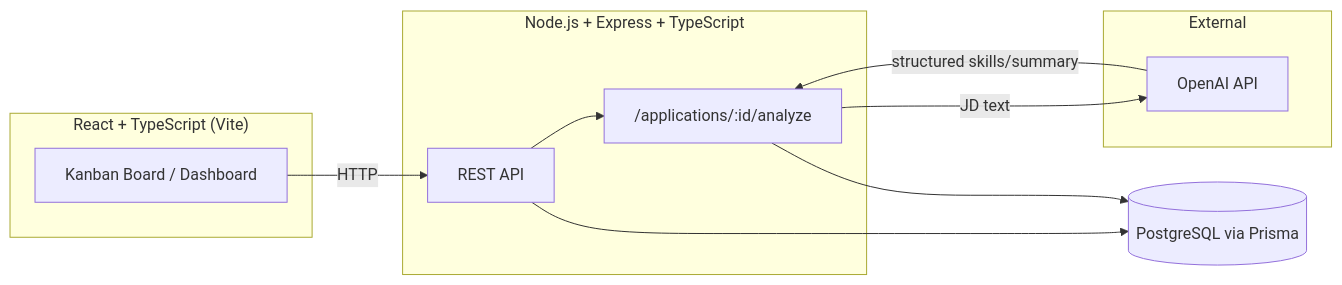
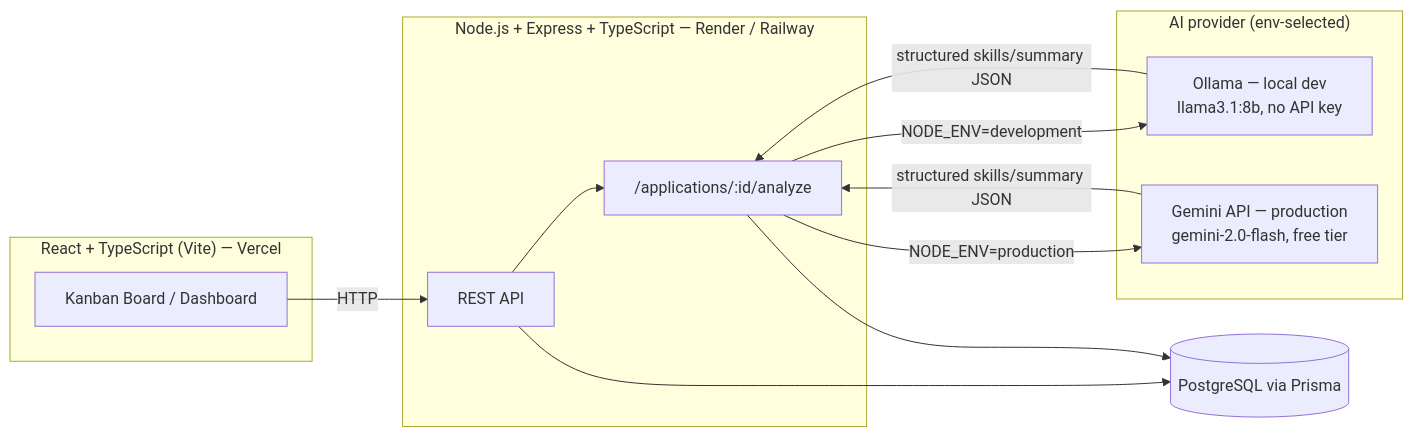
One commit to AryanVarmora/job-application-tracker changed the diagram in README.md. Above: the diagram before and after it, drawn with Mermaid. The commit also changed other lines of this file and 70 other files, not shown here.

First line of the commit message:
Add full app (client + server), Gemini production AI provider, deploy config

````diff
--- a/README.md
+++ b/README.md
@@ -25,24 +26,27 @@
 ```mermaid
 flowchart LR
-    subgraph Client["React + TypeScript (Vite)"]
+    subgraph Client["React + TypeScript (Vite) — Vercel"]
         UI[Kanban Board / Dashboard]
     end
 
-    subgraph Server["Node.js + Express + TypeScript"]
+    subgraph Server["Node.js + Express + TypeScript — Render / Railway"]
         API[REST API]
         Analyze["/applications/:id/analyze"]
     end
 
-    subgraph External
-        OpenAI[OpenAI API]
+    subgraph AI["AI provider (env-selected)"]
+        Ollama["Ollama — local dev\nllama3.1:8b, no API key"]
+        Gemini["Gemini API — production\ngemini-2.0-flash, free tier"]
     end
 
     DB[(PostgreSQL via Prisma)]
 
     UI -- HTTP --> API
     API --> DB
     API --> Analyze
-    Analyze -- JD text --> OpenAI
-    OpenAI -- structured skills/summary --> Analyze
+    Analyze -- "NODE_ENV=development" --> Ollama
+    Analyze -- "NODE_ENV=production" --> Gemini
+    Ollama -- structured skills/summary JSON --> Analyze
+    Gemini -- structured skills/summary JSON --> Analyze
     Analyze --> DB
 ```
````
